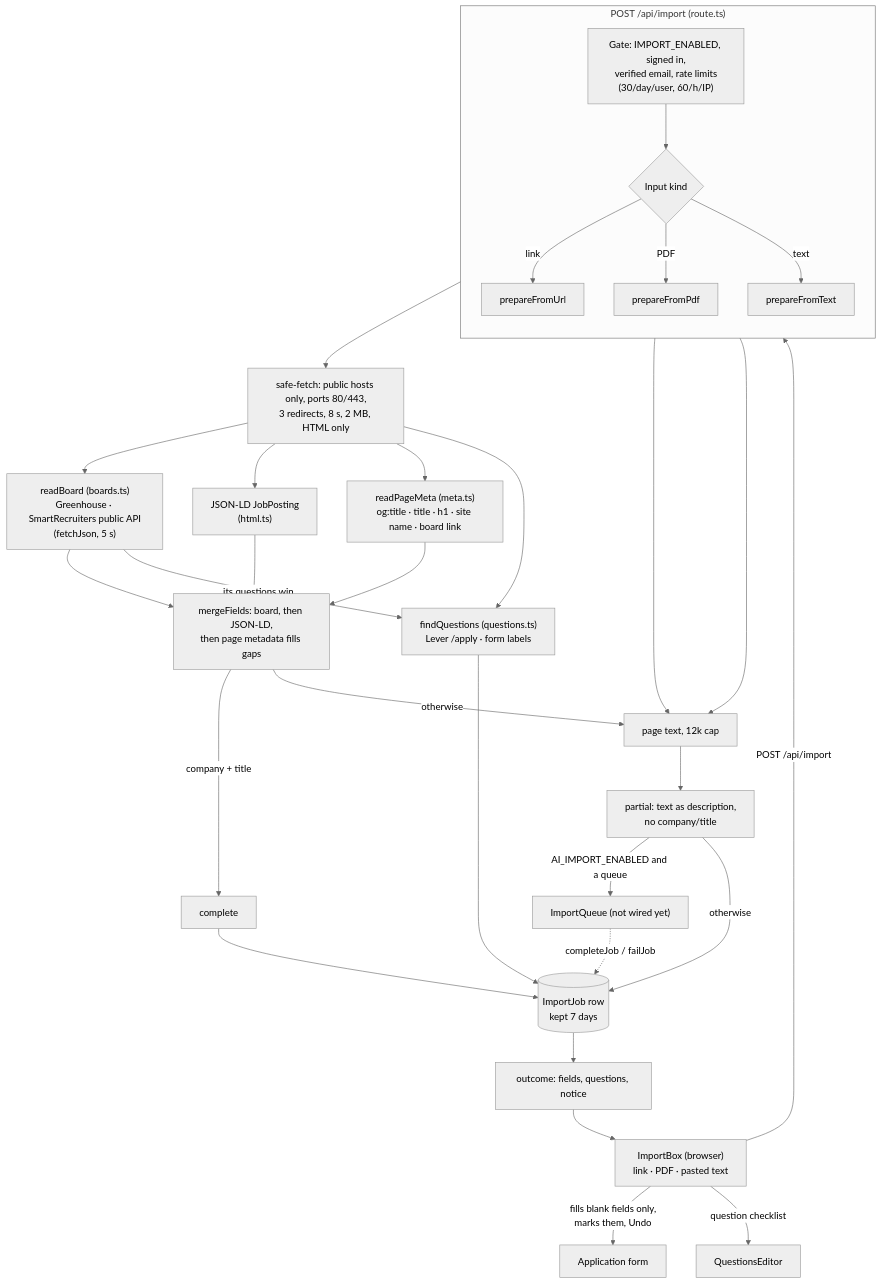
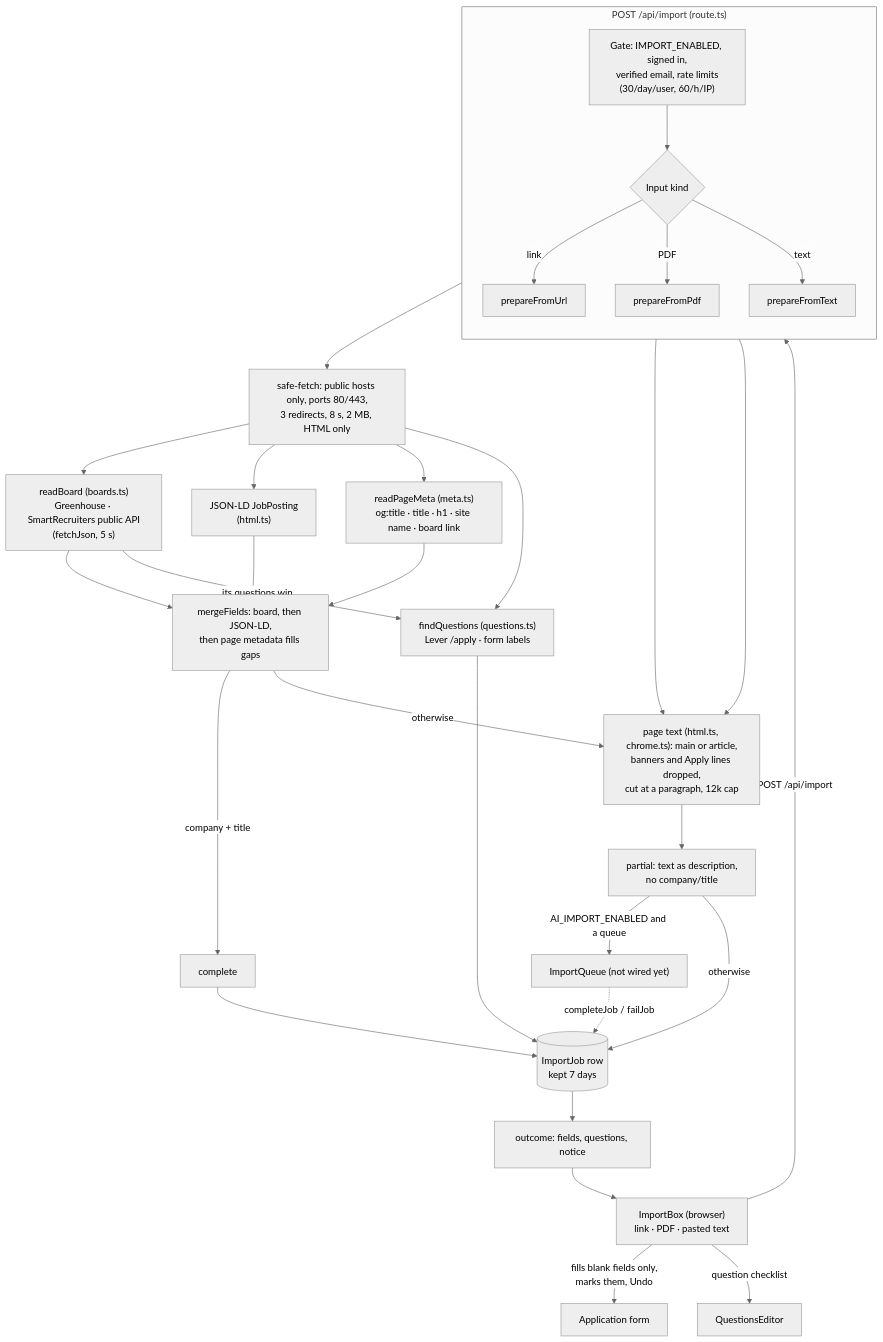
One commit to ssamkough/job-apps changed the fourth of 4 diagrams in docs/import-architecture.md. Above: the diagram before and after it, drawn with Mermaid (neutral theme). The commit also changed other lines of this file and 9 other files, not shown here.

Commit message:
Importer: tidier page-text descriptions. Drop cookie banners, Apply and Share lines and footer link lists, and cut long text at a paragraph or sentence instead of mid-word.

````diff
--- a/docs/import-architecture.md
+++ b/docs/import-architecture.md
@@ -155,39 +155,39 @@
 ```mermaid
 flowchart TD
     UI["ImportBox (browser)<br/>link · PDF · pasted text"] -->|POST /api/import| API
 
     subgraph API["POST /api/import (route.ts)"]
         direction TB
         G["Gate: IMPORT_ENABLED, signed in,<br/>verified email, rate limits<br/>(30/day/user, 60/h/IP)"]
         G --> K{Input kind}
         K -->|link| PU["prepareFromUrl"]
         K -->|PDF| PP["prepareFromPdf"]
         K -->|text| PT["prepareFromText"]
     end
 
     PU --> SF["safe-fetch: public hosts only, ports 80/443,<br/>3 redirects, 8 s, 2 MB, HTML only"]
     SF --> BA["readBoard (boards.ts)<br/>Greenhouse · SmartRecruiters public API<br/>(fetchJson, 5 s)"]
     SF --> LD["JSON-LD JobPosting<br/>(html.ts)"]
     SF --> MD["readPageMeta (meta.ts)<br/>og:title · title · h1 · site name · board link"]
     BA --> M["mergeFields: board, then JSON-LD,<br/>then page metadata fills gaps"]
     LD --> M
     MD --> M
     SF --> Q["findQuestions (questions.ts)<br/>Lever /apply · form labels"]
     BA -->|its questions win| Q
     M -->|company + title| COMPLETE["complete"]
-    M -->|otherwise| TXT["page text, 12k cap"]
+    M -->|otherwise| TXT["page text (html.ts, chrome.ts): main or article,<br/>banners and Apply lines dropped,<br/>cut at a paragraph, 12k cap"]
     PP --> TXT
     PT --> TXT
     TXT --> PARTIAL["partial: text as description,<br/>no company/title"]
 
     COMPLETE --> JOB[("ImportJob row<br/>kept 7 days")]
     PARTIAL -->|AI_IMPORT_ENABLED and a queue| QUEUE["ImportQueue (not wired yet)"]
     PARTIAL -->|otherwise| JOB
     QUEUE -.->|"completeJob / failJob"| JOB
     Q --> JOB
 
     JOB --> OUT["outcome: fields, questions, notice"]
     OUT --> UI
     UI -->|"fills blank fields only,<br/>marks them, Undo"| FORM["Application form"]
     UI -->|"question checklist"| QE["QuestionsEditor"]
 ```
````
